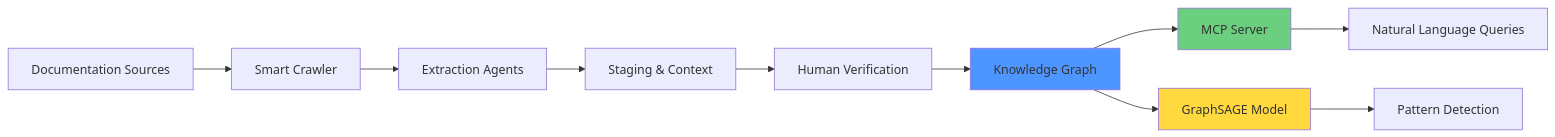
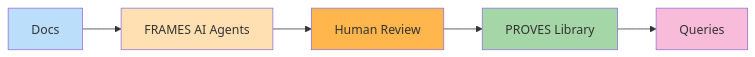
One commit to Lizo-RoadTown/PROVES_LIBRARY changed the diagram in README.md. Above: the diagram before and after it, drawn with Mermaid. The commit also changed other lines of this file and 52 other files, not shown here.

````diff
--- a/README.md
+++ b/README.md
@@ -175,16 +35,13 @@
 ```mermaid
-graph LR
-    A[Documentation Sources] --> B[Smart Crawler]
-    B --> C[Extraction Agents]
-    C --> D[Staging & Context]
-    D --> E[Human Verification]
-    E --> F[Knowledge Graph]
-    F --> G[MCP Server]
-    F --> H[GraphSAGE Model]
-    G --> I[Natural Language Queries]
-    H --> J[Pattern Detection]
+flowchart LR
+    DOCS[Docs] --> AGENTS[FRAMES AI Agents]
+    AGENTS --> REVIEW[Human Review]
+    REVIEW --> LIB[PROVES Library]
+    LIB --> QUERY[Queries]
 
-    style F fill:#4D96FF
-    style G fill:#6BCF7F
-    style H fill:#FFD93D
+    style DOCS fill:#bbdefb
+    style AGENTS fill:#ffe0b2
+    style REVIEW fill:#ffb74d
+    style LIB fill:#a5d6a7
+    style QUERY fill:#f8bbd9
 ```
````
